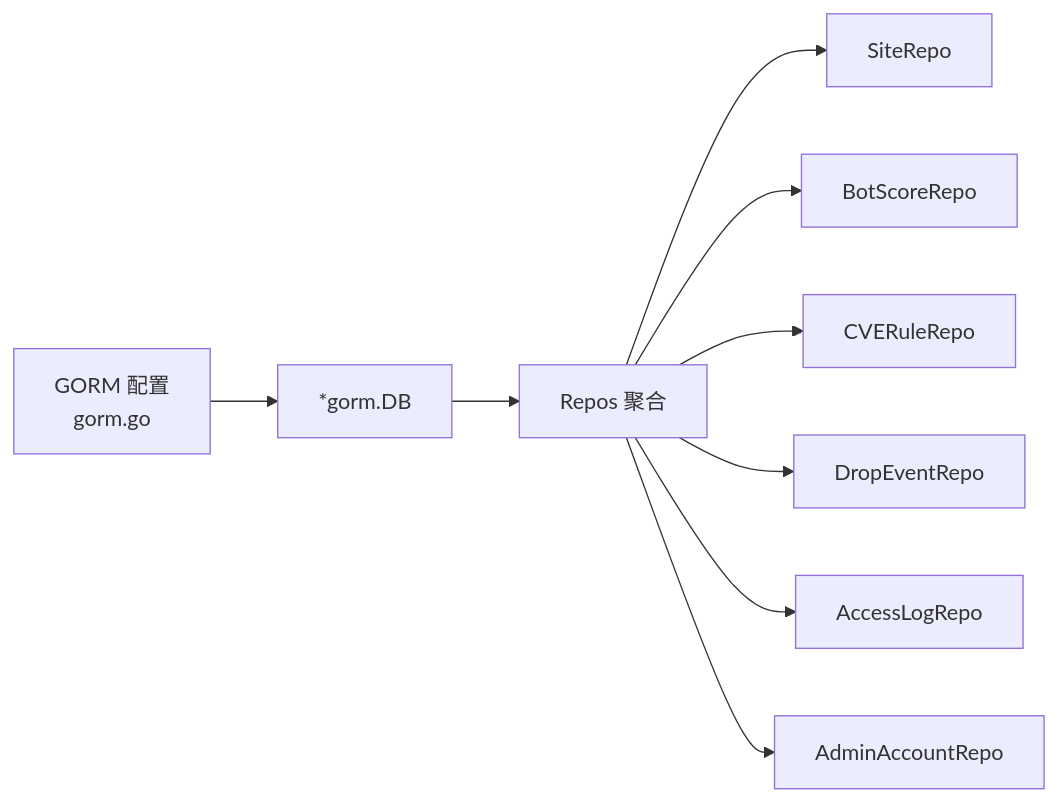
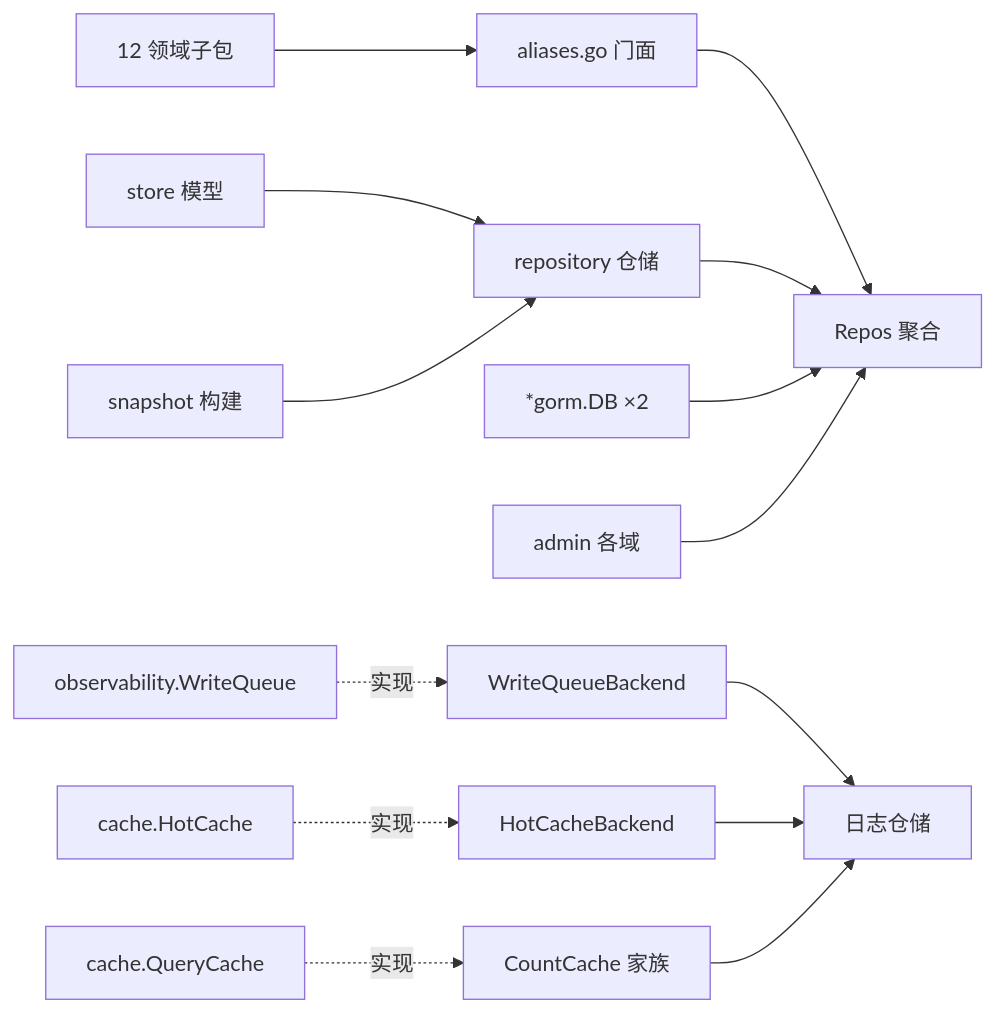
The sixth of 6 diagrams in docs/数据存储层/数据访问层设计.md (x01n/My-OpenWaf), drawn with Mermaid before and after one commit. The commit also changed other lines of this file and 622 other files, not shown here.

````diff
--- a/docs/数据存储层/数据访问层设计.md
+++ b/docs/数据存储层/数据访问层设计.md
@@ -289,11 +594,16 @@
 ```mermaid
 graph LR
-Gorm["GORM 配置<br/>gorm.go"] --> DB["*gorm.DB"]
-DB --> Repos["Repos 聚合"]
-Repos --> SiteRepo["SiteRepo"]
-Repos --> BotScoreRepo["BotScoreRepo"]
-Repos --> CVERuleRepo["CVERuleRepo"]
-Repos --> DropEventRepo["DropEventRepo"]
-Repos --> AccessLogRepo["AccessLogRepo"]
-Repos --> AdminAccountRepo["AdminAccountRepo"]
+MODEL["store 模型"] --> REPO["repository 仓储"]
+SUB["12 领域子包"] --> FACADE["aliases.go 门面"]
+FACADE --> AGG["Repos 聚合"]
+REPO --> AGG
+GORM["*gorm.DB ×2"] --> AGG
+IF1["WriteQueueBackend"] --> LOGR["日志仓储"]
+IF2["HotCacheBackend"] --> LOGR
+IF3["CountCache 家族"] --> LOGR
+OBS["observability.WriteQueue"] -.实现.-> IF1
+CACHE["cache.HotCache"] -.实现.-> IF2
+CACHEQ["cache.QueryCache"] -.实现.-> IF3
+ADMIN["admin 各域"] --> AGG
+SNAP["snapshot 构建"] --> REPO
 ```
````
